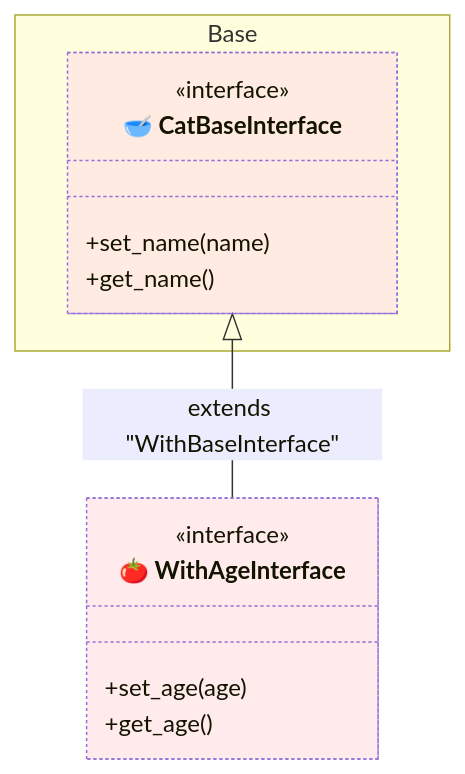
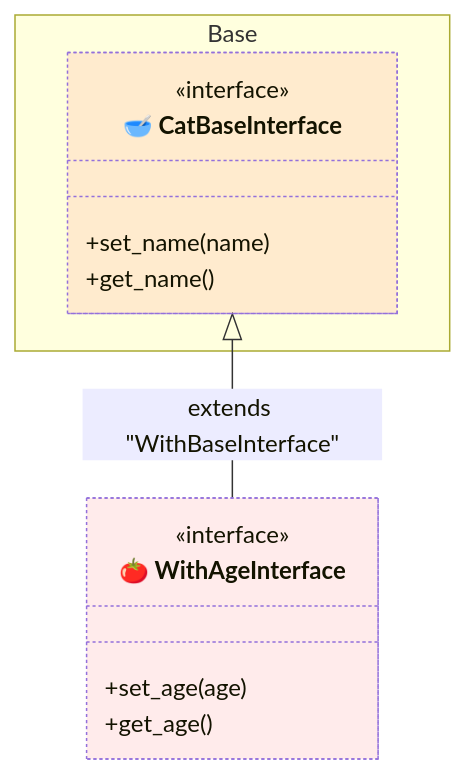
Before and after one commit to thecodecrate/python-pipeline: the sixth of 12 diagrams in tests/spec-001--class-composition-with-partial-classes.md, drawn with Mermaid. The commit also changed other lines of this file, not shown here.

````diff
--- a/tests/spec-001--class-composition-with-partial-classes.md
+++ b/tests/spec-001--class-composition-with-partial-classes.md
@@ -323,38 +318,37 @@
 ```mermaid
 ---
 config:
     class:
         hideEmptyMembersBox: true
 ---
 classDiagram
     namespace Base {
-        class InterfaceBase_["🥣 CatBaseInterface"] {
+        class Interface1["🥣 CatBaseInterface"] {
             <<interface>>
             +set_name(name)
             +get_name()
         }
     }
 
     class Interface2["🍅 WithAgeInterface"] {
         <<interface>>
         +set_age(age)
         +get_age()
     }
 
     %% Relationships
-    InterfaceBase_ <|-- Interface2 : extends "WithBaseInterface"
+    Interface1 <|-- Interface2 : extends "WithBaseInterface"
 
     %% Apply Styles
     style Base_ fill:#6060ff20, stroke-dasharray: 5 5
     style Composed_ bugfix:#111, stroke-width:2px, font-weight: bold
     style External1 bugfix:#111, stroke-width:2px, font-weight: bold
     style Partial1_ fill:#60ff6020, stroke-dasharray: 5 5
     style Partial2_ fill:#60ff6020, stroke-dasharray: 5 5
     style Partial3_ fill:#60ff6020, stroke-dasharray: 5 5
     style Partial4_ fill:#60ff6020, stroke-dasharray: 5 5
-    style InterfaceBase_ fill:#ff60ff20, stroke-dasharray: 2 2
     style Interface1 fill:#ff606020, stroke-dasharray: 2 2
     style Interface2 fill:#ff606020, stroke-dasharray: 2 2
     style Interface3 fill:#ff606020, stroke-dasharray: 2 2
     style Interface4 fill:#ff606020, stroke-dasharray: 2 2
 ```
````
